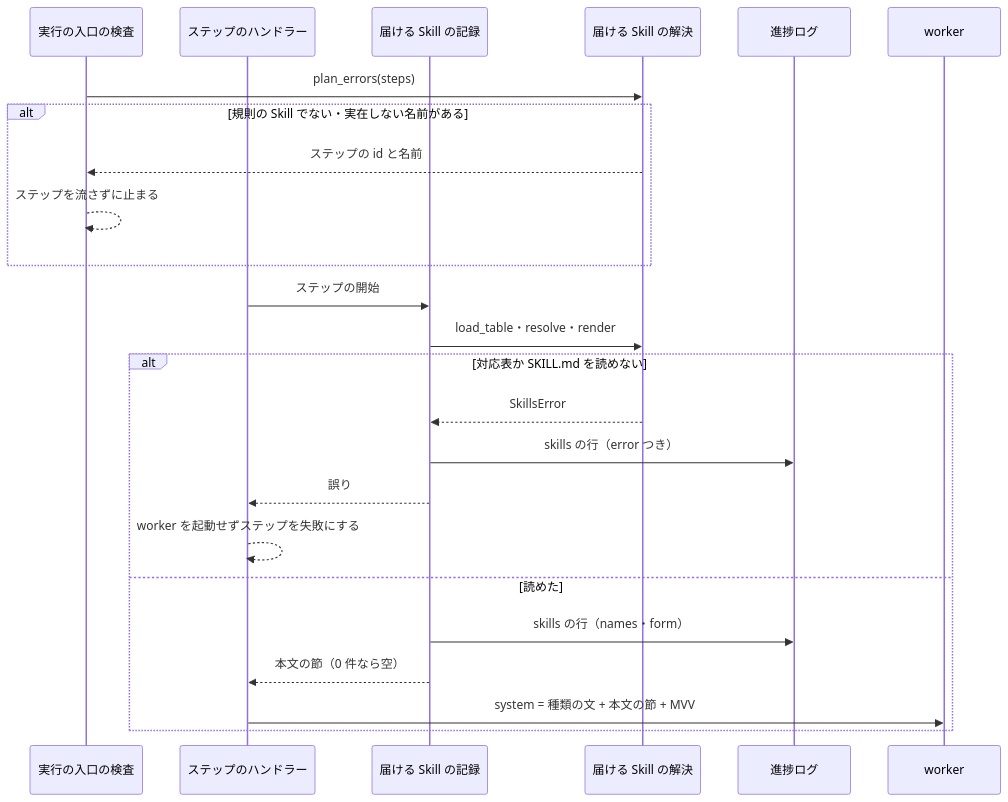
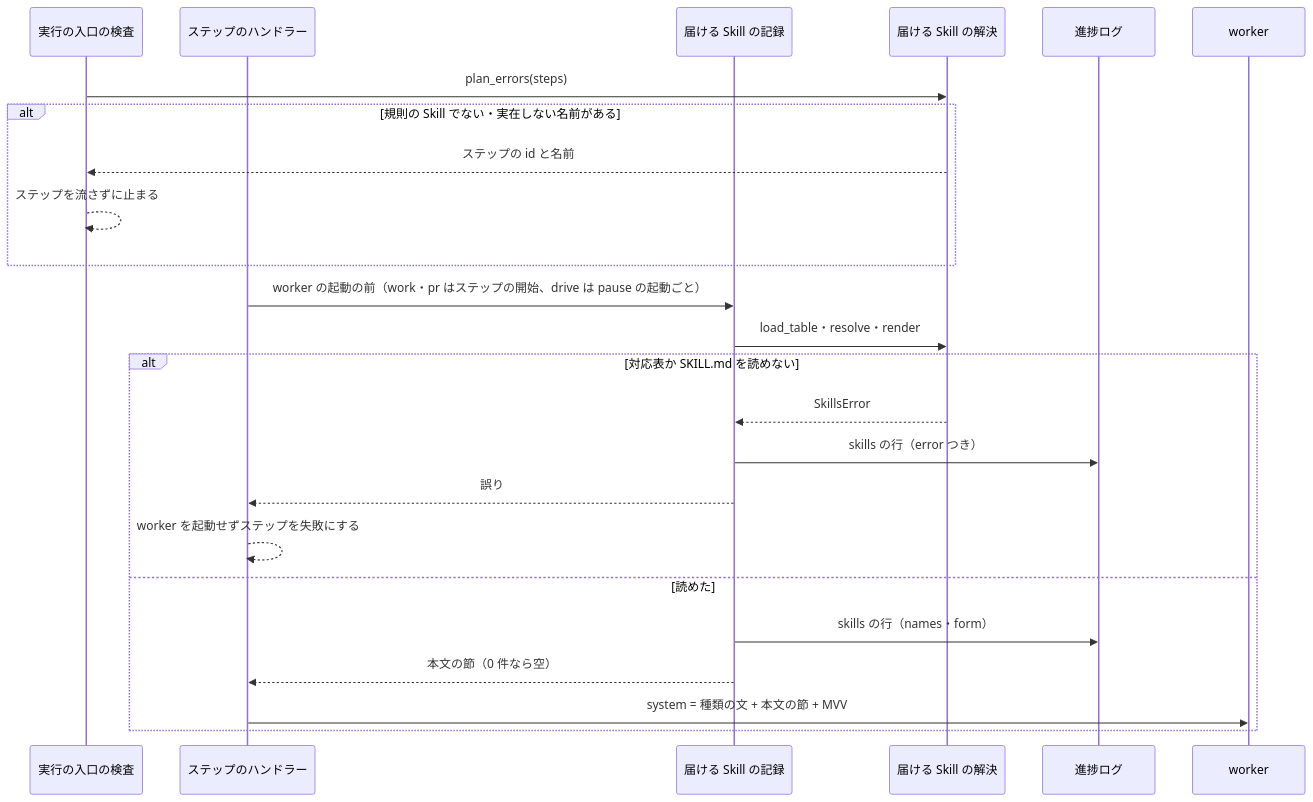
One commit to devbasex/ai-plugins changed the fourth of 4 diagrams in issues/issue-2376-design.md. Above: the diagram before and after it, drawn with Mermaid. The commit also changed other lines of this file, not shown here.

First line of the commit message:
design(#2376): fix-doc に stage を付け、drive の解決と記録を pause の起動ごとに定める

````diff
--- a/issues/issue-2376-design.md
+++ b/issues/issue-2376-design.md
@@ -320,26 +322,26 @@
 ```mermaid
 sequenceDiagram
     participant E as 実行の入口の検査
     participant H as ステップのハンドラー
     participant D as 届ける Skill の記録
     participant R as 届ける Skill の解決
     participant L as 進捗ログ
     participant W as worker
     E->>R: plan_errors(steps)
     alt 規則の Skill でない・実在しない名前がある
         R-->>E: ステップの id と名前
         E-->>E: ステップを流さずに止まる
     end
-    H->>D: ステップの開始
+    H->>D: worker の起動の前（work・pr はステップの開始、drive は pause の起動ごと）
     D->>R: load_table・resolve・render
     alt 対応表か SKILL.md を読めない
         R-->>D: SkillsError
         D->>L: skills の行（error つき）
         D-->>H: 誤り
         H-->>H: worker を起動せずステップを失敗にする
     else 読めた
         D->>L: skills の行（names・form）
         D-->>H: 本文の節（0 件なら空）
         H->>W: system = 種類の文 + 本文の節 + MVV
     end
 ```
````
